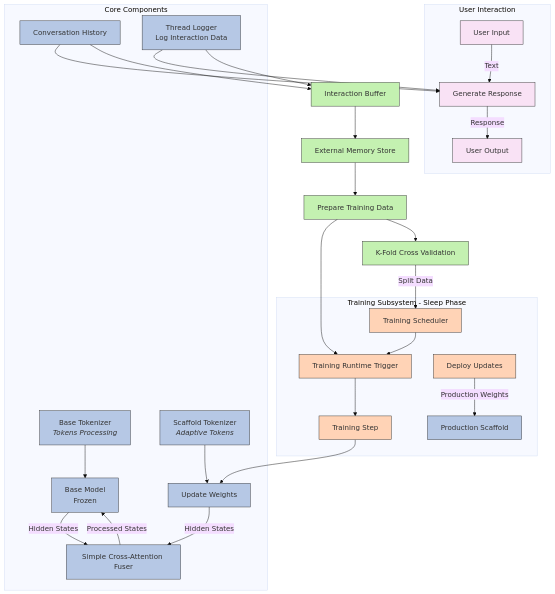
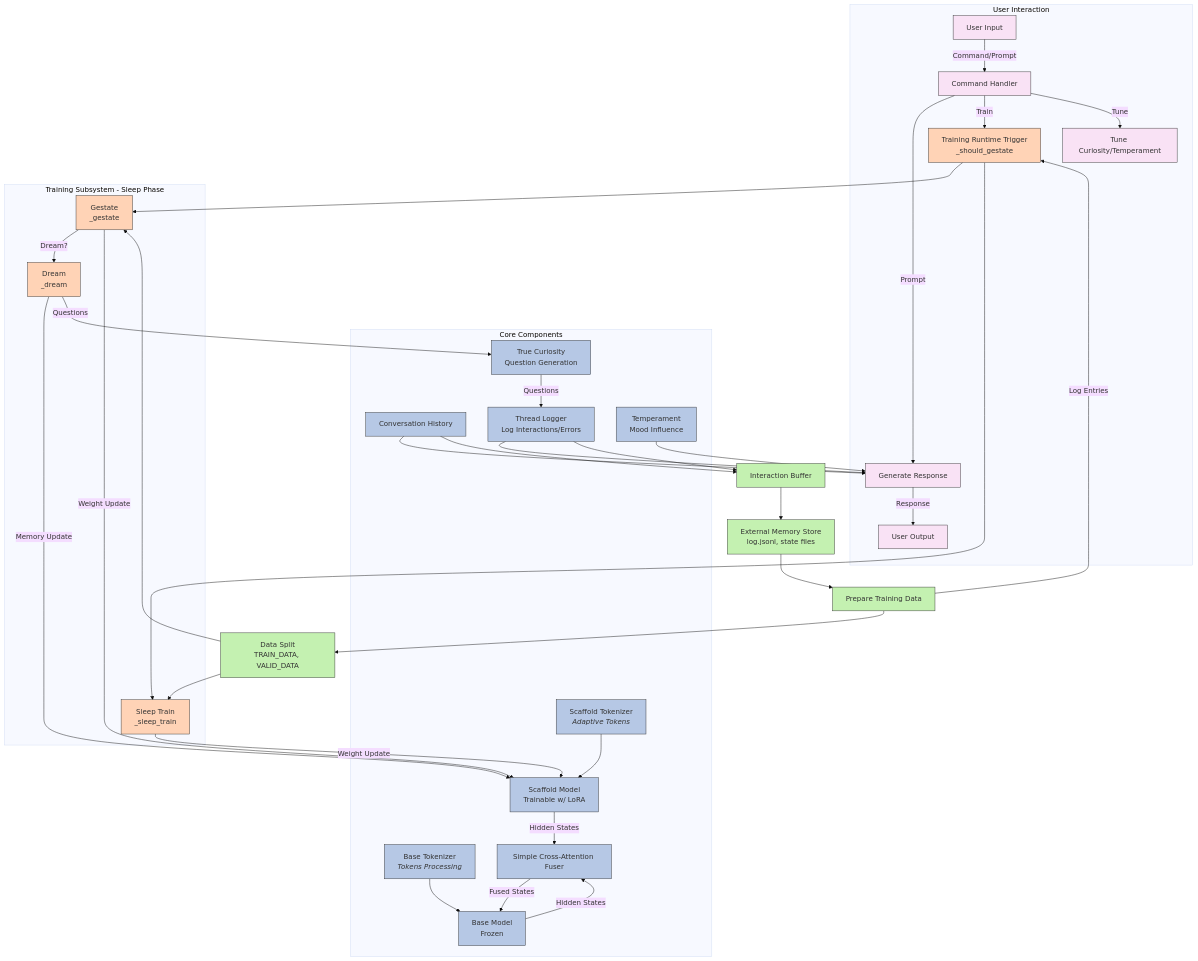
Before and after one commit to oppolla/dual-model-dynamic-scaffold: the diagram in structure.mmd, drawn with Mermaid (base theme).

```diff
--- a/structure.mmd
+++ b/structure.mmd
@@ -1,44 +1,53 @@
 graph TD
     %% Subgraph 1: User Interaction
     subgraph User Interaction
-        UI[User Input] -->|Text| GEN[Generate Response]
+        UI[User Input] -->|Command/Prompt| CMD[Command Handler]
+        CMD -->|Prompt| GEN[Generate Response]
+        CMD -->|Train| RT
+        CMD -->|Tune| TCU[Tune Curiosity/Temperament]
         GEN -->|Response| UO[User Output]
     end
 
     %% Subgraph 2: Core Components
     subgraph Core Components
         BT[Base Tokenizer<br><i>Tokens Processing</i>] --> BM[Base Model<br>Frozen]
-        ST[Scaffold Tokenizer<br><i>Adaptive Tokens</i>] --> SM[Scaffold Model<br>Trainable]
+        ST[Scaffold Tokenizer<br><i>Adaptive Tokens</i>] --> SM[Scaffold Model<br>Trainable w/ LoRA]
         BM -->|Hidden States| CAF[Simple Cross-Attention Fuser]
         SM -->|Hidden States| CAF
-        CAF -->|Processed States| BM
+        CAF -->|Fused States| BM
         CH[Conversation History] --> GEN
-        TL[Thread Logger<br>Log Interaction Data] --> GEN
+        TL[Thread Logger<br>Log Interactions/Errors] --> GEN
+        TC[True Curiosity<br>Question Generation] -->|Questions| TL
+        TEMP[Temperament<br>Mood Influence] --> GEN
     end
 
     %% Subgraph 3: Training Subsystem - Sleep Phase
     subgraph Training Subsystem - Sleep Phase
-        TS[Training Scheduler] --> RT[Training Runtime Trigger]
-        RT --> TE[Training Step]
-        TE --> SM[Update Weights]
-        DU[Deploy Updates] -->|Production Weights| PS[Production Scaffold]
+        RT[Training Runtime Trigger<br>_should_gestate] --> GT[Gestate<br>_gestate]
+        RT --> STN[Sleep Train<br>_sleep_train]
+        GT -->|Dream?| DR[Dream<br>_dream]
+        DR -->|Memory Update| SM
+        GT -->|Weight Update| SM
+        STN -->|Weight Update| SM
+        DR -->|Questions| TC
     end
 
     %% External Connections
     CH --> IB[Interaction Buffer]
     TL --> IB
-    IB --> EMS[External Memory Store]
+    IB --> EMS[External Memory Store<br>log.jsonl, state files]
     EMS --> PT[Prepare Training Data]
-    PT --> RT
-    PT --> KF[K-Fold Cross Validation]
-    KF -->|Split Data| TS
+    PT -->|Log Entries| RT
+    PT --> DS[Data Split<br>TRAIN_DATA, VALID_DATA]
+    DS --> GT
+    DS --> STN
 
     %% Styling Nodes
     classDef user fill:#f8c3,stroke:#333,stroke-width:1px;
     classDef core fill:#b6c8e5,stroke:#333,stroke-width:1px;
     classDef train fill:#ffd3b6,stroke:#333,stroke-width:1px;
     classDef external fill:#c4f1b1,stroke:#333,stroke-width:1px;
-    class UI,UO,GEN user;
-    class BT,BM,ST,SM,CAF,CH,TL,PS core;
-    class TS,RT,TE,DU train;
-    class IB,EMS,PT,KF external;
+    class UI,UO,CMD,GEN,TCU user;
+    class BT,BM,ST,SM,CAF,CH,TL,TC,TEMP core;
+    class RT,GT,STN,DR train;
+    class IB,EMS,PT,DS external;
```
